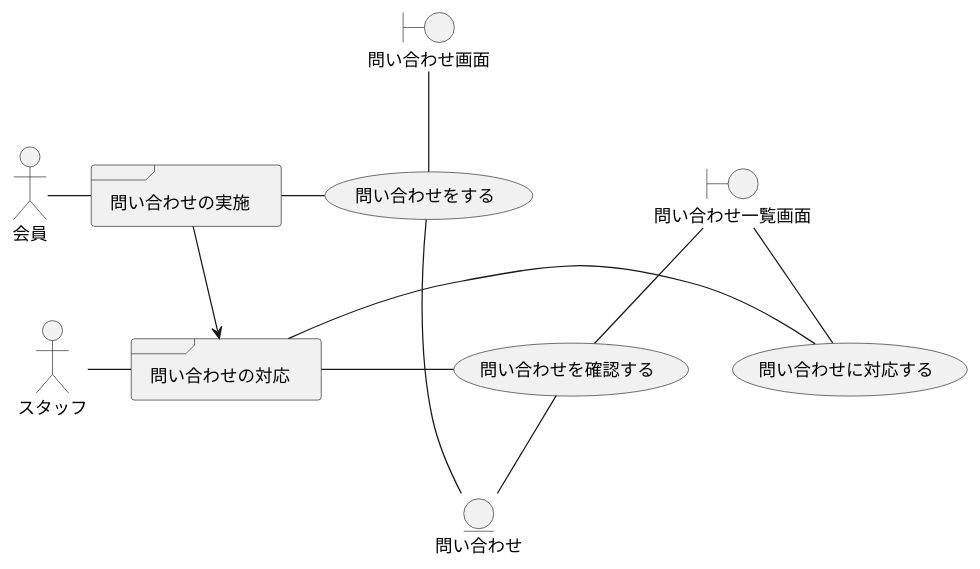
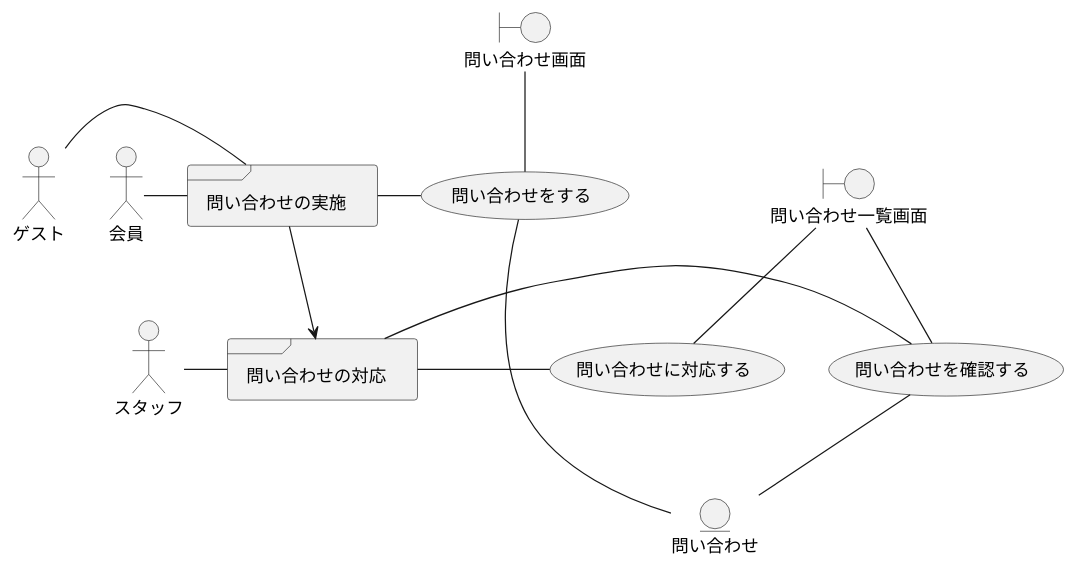
One commit to k2works/case-study-mrs changed diagram 15 of 30 in docs/index.adoc. Above: the diagram before and after it, drawn with PlantUML. The commit also changed other lines of this file and 9 other files, not shown here.

```diff
--- a/docs/index.adoc
+++ b/docs/index.adoc
@@ -451,29 +478,31 @@
 [plantuml]
 ----
 @startuml
+actor "ゲスト" as gust
 actor "会員" as user
 actor "スタッフ" as admin
 frame "問い合わせの実施" as f01
 frame "問い合わせの対応" as f02
 usecase "問い合わせをする" as UC1
 usecase "問い合わせを確認する" as UC2
 usecase "問い合わせに対応する" as UC3
 boundary "問い合わせ画面" as b01
 boundary "問い合わせ一覧画面" as b02
 entity "問い合わせ" as e01
 
+gust - f01
 user - f01
 f01 - UC1
 b01 -- UC1
 UC1 - e01
 
 f01 --> f02
 
 admin - f02
 f02 - UC2
 f02 - UC3
 b02 -- UC2
 b02 -- UC3
 UC2 -- e01
 
 ----
```
